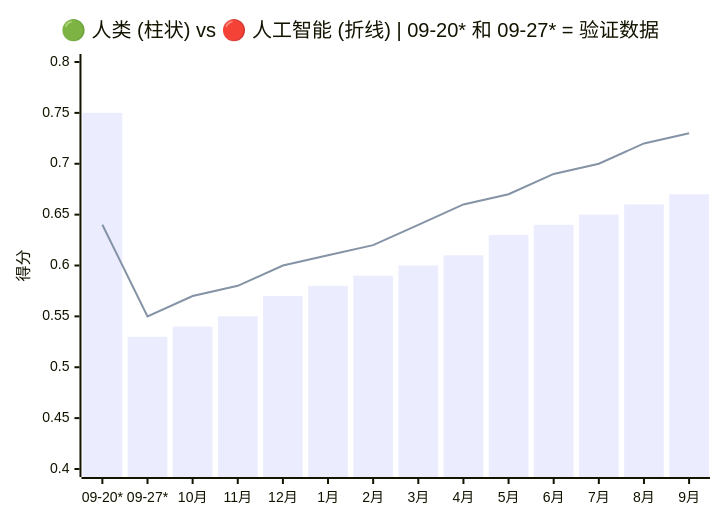
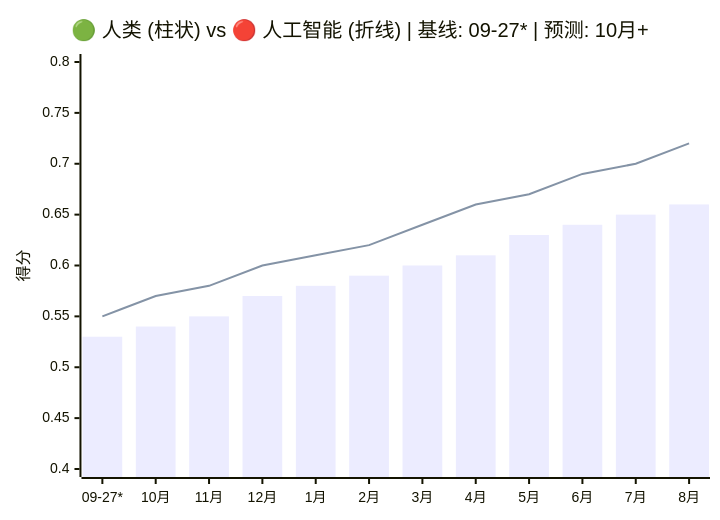
The first of 2 diagrams in README.zh.md (VQQLK/Human-AI-Monitor), drawn with Mermaid before and after one commit. The commit also changed other lines of this file and 5 other files, not shown here.

````diff
--- a/README.zh.md
+++ b/README.zh.md
@@ -36,8 +33,8 @@
 ```mermaid
 xychart-beta
-    title "🟢 人类 (柱状) vs 🔴 人工智能 (折线) | 09-20* 和 09-27* = 验证数据"
-    x-axis ["09-20*", "09-27*", "10月", "11月", "12月", "1月", "2月", "3月", "4月", "5月", "6月", "7月", "8月", "9月"]
+    title "🟢 人类 (柱状) vs 🔴 人工智能 (折线) | 基线: 09-27* | 预测: 10月+"
+    x-axis ["09-27*", "10月", "11月", "12月", "1月", "2月", "3月", "4月", "5月", "6月", "7月", "8月"]
     y-axis "得分" 0.40 --> 0.80
-    bar [0.75, 0.53, 0.54, 0.55, 0.57, 0.58, 0.59, 0.6, 0.61, 0.63, 0.64, 0.65, 0.66, 0.67]
-    line [0.64, 0.55, 0.57, 0.58, 0.6, 0.61, 0.62, 0.64, 0.66, 0.67, 0.69, 0.7, 0.72, 0.73]
+    bar [0.53, 0.54, 0.55, 0.57, 0.58, 0.59, 0.6, 0.61, 0.63, 0.64, 0.65, 0.66]
+    line [0.55, 0.57, 0.58, 0.6, 0.61, 0.62, 0.64, 0.66, 0.67, 0.69, 0.7, 0.72]
 ```
````
